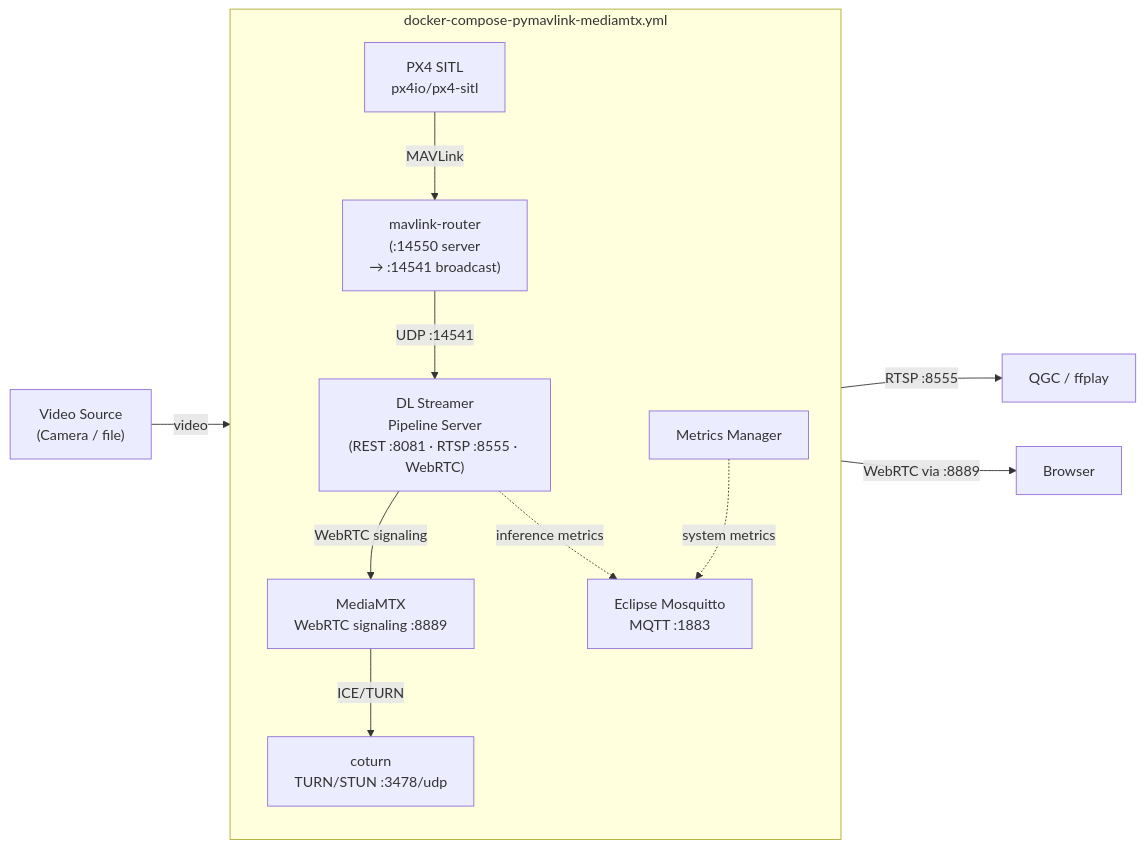
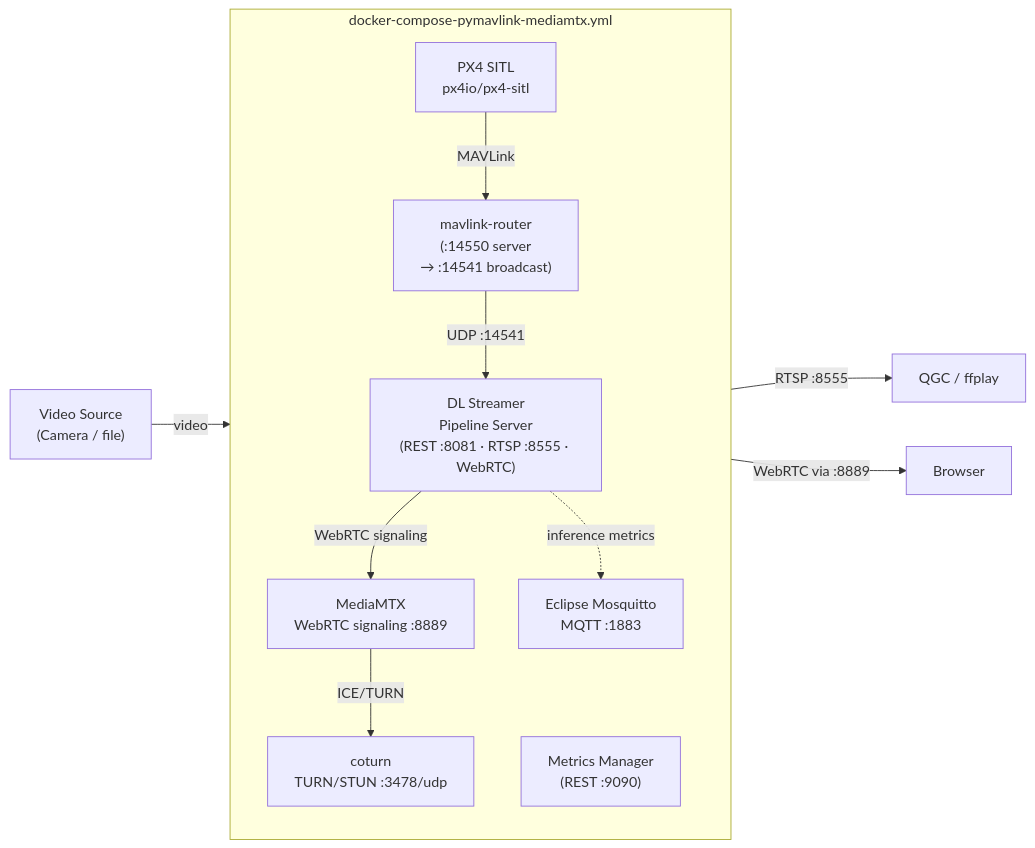
One commit to open-edge-platform/edge-ai-suites changed the third of 6 diagrams in federal-aerospace/docs/uav-vision-analytics/overview.md. Above: the diagram before and after it, drawn with Mermaid. The commit also changed other lines of this file and 2 other files, not shown here.

````diff
--- a/federal-aerospace/docs/uav-vision-analytics/overview.md
+++ b/federal-aerospace/docs/uav-vision-analytics/overview.md
@@ -108,24 +71,23 @@
 ```mermaid
 flowchart LR
     subgraph Stack["docker-compose-pymavlink-mediamtx.yml"]
         direction TB
         PX4["PX4 SITL\npx4io/px4-sitl"]
         ROUTER["mavlink-router\n(:14550 server\n→ :14541 broadcast)"]
         BROKER["Eclipse Mosquitto\nMQTT :1883"]
         DLSPS["DL Streamer\nPipeline Server\n(REST :8081 · RTSP :8555 · WebRTC)"]
         MTX["MediaMTX\nWebRTC signaling :8889"]
         COTURN["coturn\nTURN/STUN :3478/udp"]
-        MM["Metrics Manager"]
+        MM["Metrics Manager\n(REST :9090)"]
 
         PX4 -->|"MAVLink"| ROUTER
         ROUTER -->|"UDP :14541"| DLSPS
         DLSPS -->|"WebRTC signaling"| MTX
         MTX -->|"ICE/TURN"| COTURN
         DLSPS -.->|"inference metrics"| BROKER
-        MM -.->|"system metrics"| BROKER
     end
 
     VIDEO["Video Source\n(Camera / file)"] -->|"video"| DLSPS
     DLSPS -->|"RTSP :8555"| CLIENT_RTSP["QGC / ffplay"]
     MTX -->|"WebRTC via :8889"| CLIENT_WEB["Browser"]
 ```
````
